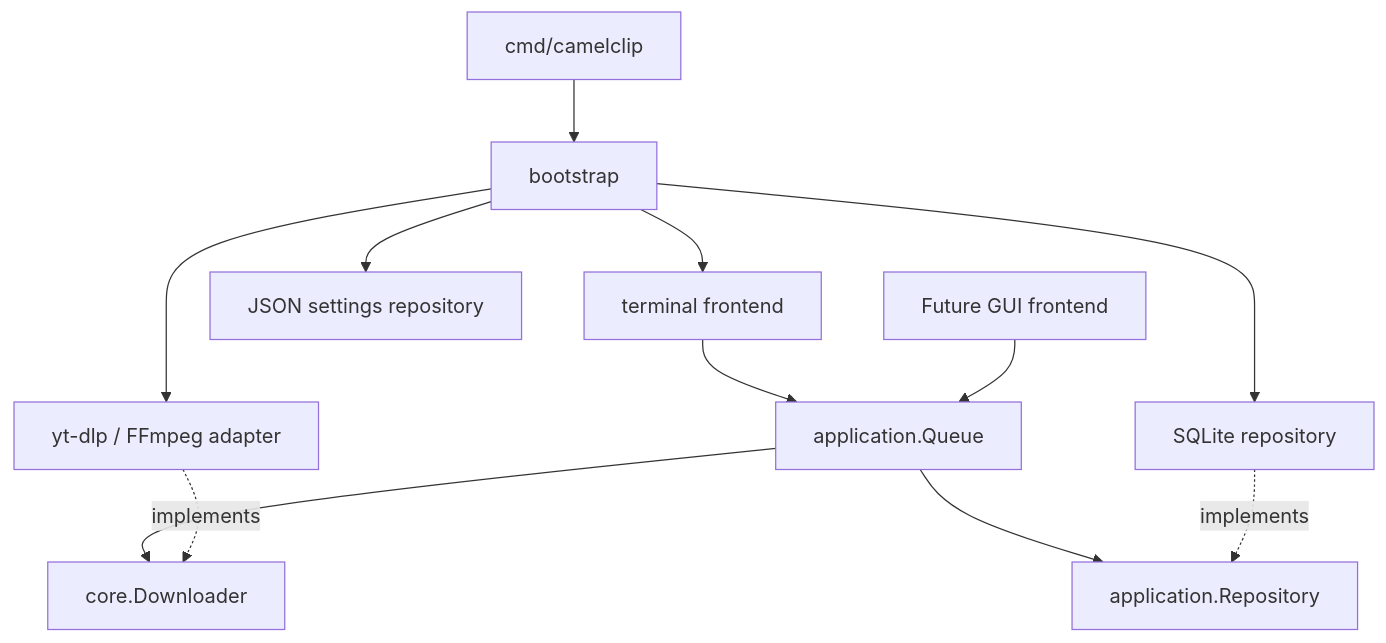
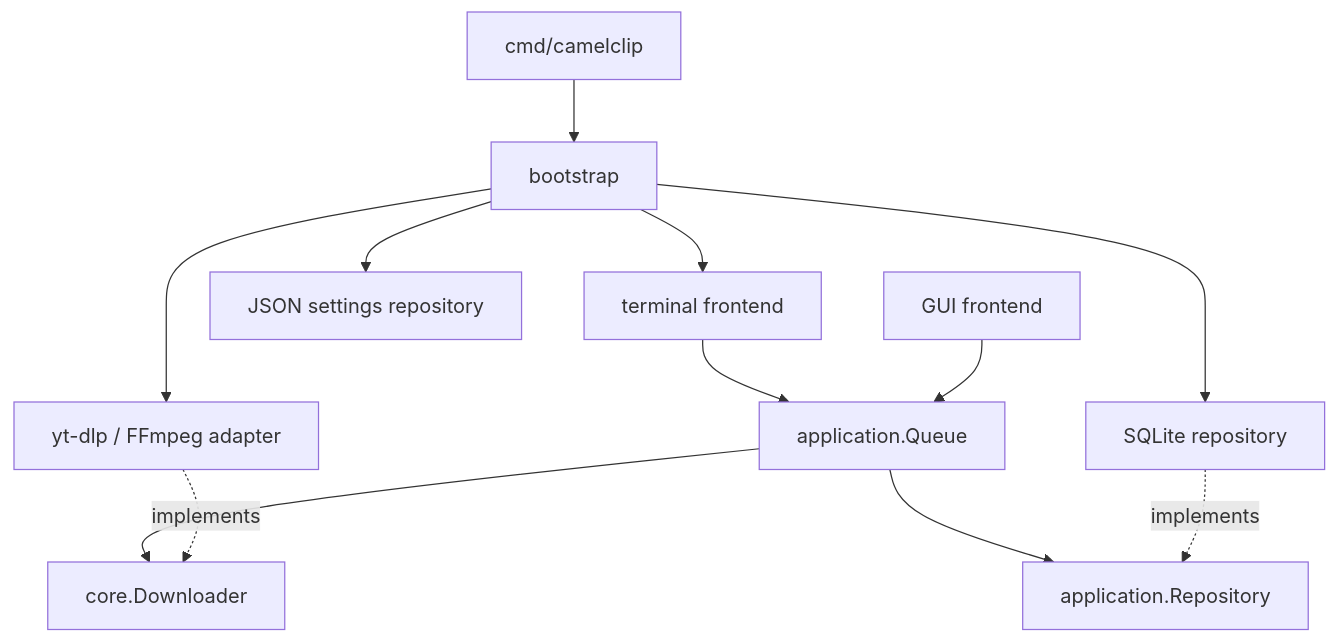
One commit to bfcamel/CamelClip changed the diagram in docs/architecture.md. Above: the diagram before and after it, drawn with Mermaid. The commit also changed other lines of this file and 28 other files, not shown here.

````diff
--- a/docs/architecture.md
+++ b/docs/architecture.md
@@ -5,14 +5,14 @@
 ```mermaid
 flowchart TD
     Main[cmd/camelclip] --> Wiring[bootstrap]
     Wiring --> Terminal[terminal frontend]
     Wiring --> Backend[yt-dlp / FFmpeg adapter]
     Wiring --> DB[SQLite repository]
     Wiring --> Config[JSON settings repository]
     Terminal --> Queue[application.Queue]
-    GUI[Future GUI frontend] --> Queue
+    GUI[GUI frontend] --> Queue
     Queue --> Downloader[core.Downloader]
     Queue --> Repository[application.Repository]
     Backend -. implements .-> Downloader
     DB -. implements .-> Repository
 ```
````
